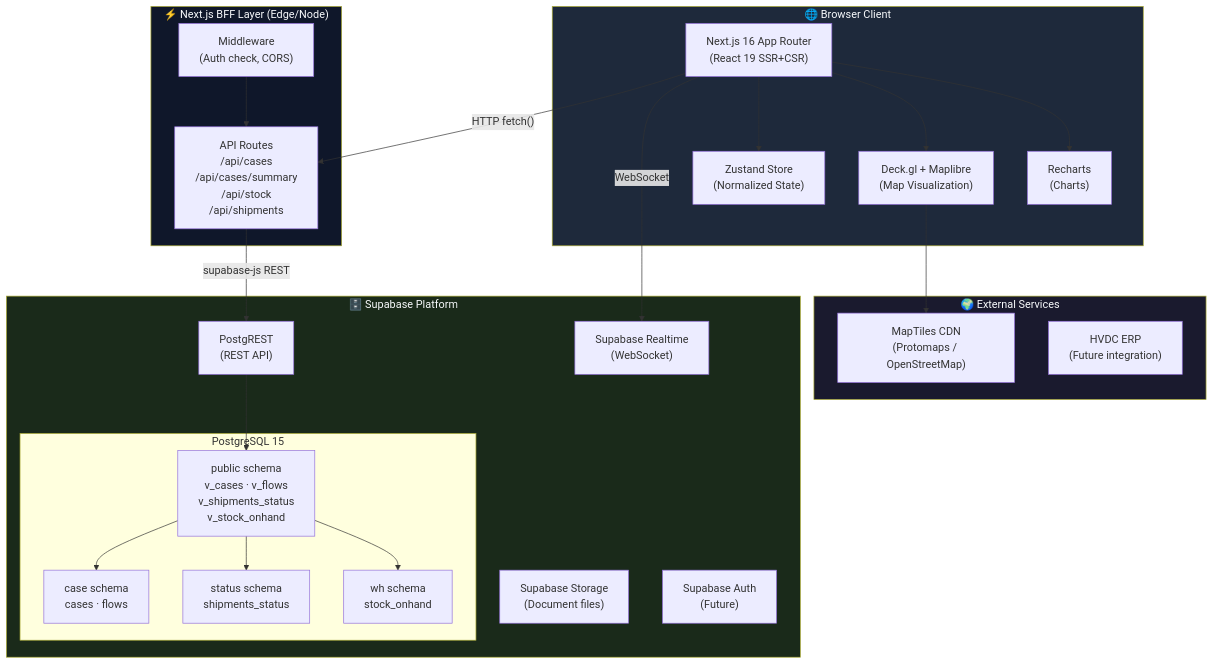
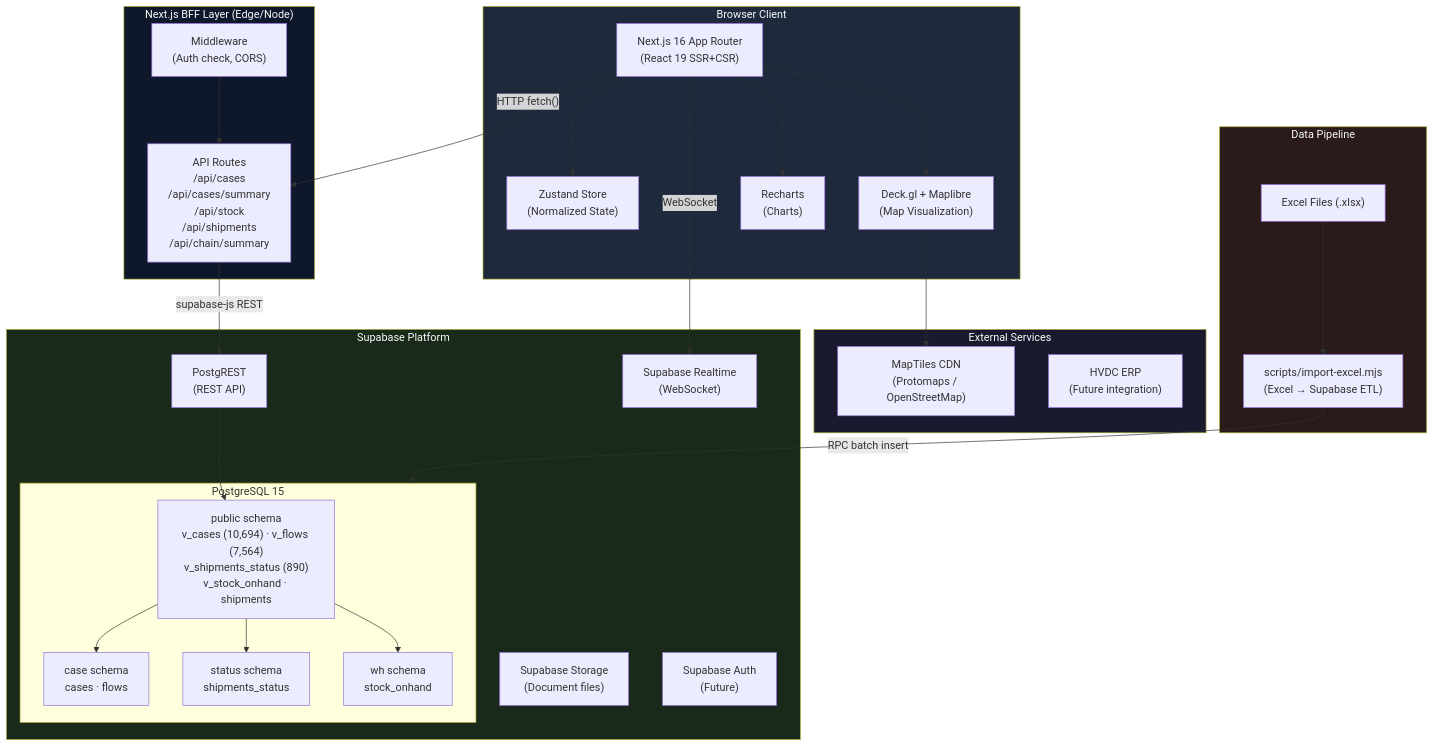
One commit to macho715/logi_hvdc_dash changed the first of 19 diagrams in apps/logistics-dashboard/docs/SYSTEM-ARCHITECTURE.md. Above: the diagram before and after it, drawn with Mermaid. The commit also changed other lines of this file and 80 other files, not shown here.

````diff
--- a/apps/logistics-dashboard/docs/SYSTEM-ARCHITECTURE.md
+++ b/apps/logistics-dashboard/docs/SYSTEM-ARCHITECTURE.md
@@ -27,50 +41,58 @@
 ```mermaid
 graph TB
-    subgraph Client["🌐 Browser Client"]
+    subgraph Client["Browser Client"]
         NextApp["Next.js 16 App Router<br/>(React 19 SSR+CSR)"]
         Zustand["Zustand Store<br/>(Normalized State)"]
         DeckGL["Deck.gl + Maplibre<br/>(Map Visualization)"]
         Recharts["Recharts<br/>(Charts)"]
     end
 
-    subgraph BFF["⚡ Next.js BFF Layer (Edge/Node)"]
-        APIRoutes["API Routes<br/>/api/cases<br/>/api/cases/summary<br/>/api/stock<br/>/api/shipments"]
+    subgraph BFF["Next.js BFF Layer (Edge/Node)"]
+        APIRoutes["API Routes<br/>/api/cases<br/>/api/cases/summary<br/>/api/stock<br/>/api/shipments<br/>/api/chain/summary"]
         Middleware["Middleware<br/>(Auth check, CORS)"]
     end
 
-    subgraph Supabase["🗄️ Supabase Platform"]
+    subgraph Supabase["Supabase Platform"]
         PostgREST["PostgREST<br/>(REST API)"]
         Realtime["Supabase Realtime<br/>(WebSocket)"]
         subgraph PG["PostgreSQL 15"]
-            PublicSchema["public schema<br/>v_cases · v_flows<br/>v_shipments_status<br/>v_stock_onhand"]
+            PublicSchema["public schema<br/>v_cases (10,694) · v_flows (7,564)<br/>v_shipments_status (890)<br/>v_stock_onhand · shipments"]
             CaseSchema["case schema<br/>cases · flows"]
             StatusSchema["status schema<br/>shipments_status"]
             WhSchema["wh schema<br/>stock_onhand"]
         end
         Storage["Supabase Storage<br/>(Document files)"]
         Auth["Supabase Auth<br/>(Future)"]
     end
 
-    subgraph External["🌍 External Services"]
+    subgraph External["External Services"]
         MapTiles["MapTiles CDN<br/>(Protomaps / OpenStreetMap)"]
         HVDC_API["HVDC ERP<br/>(Future integration)"]
+    end
+
+    subgraph ETL["Data Pipeline"]
+        Excel["Excel Files (.xlsx)"]
+        ImportScript["scripts/import-excel.mjs<br/>(Excel → Supabase ETL)"]
     end
 
     NextApp -->|"HTTP fetch()"| APIRoutes
     NextApp -->|"WebSocket"| Realtime
     APIRoutes -->|"supabase-js REST"| PostgREST
     PostgREST --> PublicSchema
     PublicSchema --> CaseSchema
     PublicSchema --> StatusSchema
     PublicSchema --> WhSchema
     NextApp --> Zustand
     NextApp --> DeckGL
     DeckGL --> MapTiles
     NextApp --> Recharts
     Middleware --> APIRoutes
+    Excel --> ImportScript
+    ImportScript -->|"RPC batch insert"| PG
 
     style Client fill:#1e293b,color:#f8fafc
     style BFF fill:#0f172a,color:#f8fafc
     style Supabase fill:#1a2a1a,color:#f8fafc
     style External fill:#1a1a2e,color:#f8fafc
+    style ETL fill:#2a1a1a,color:#f8fafc
 ```
````
